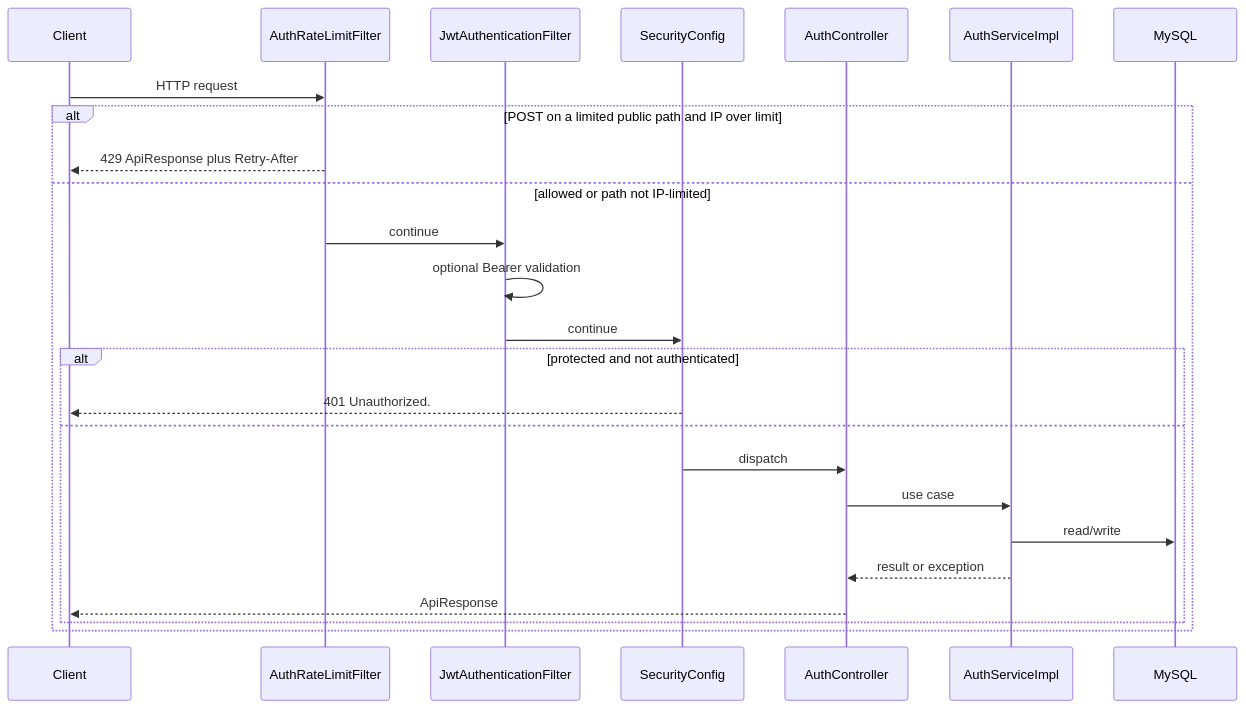
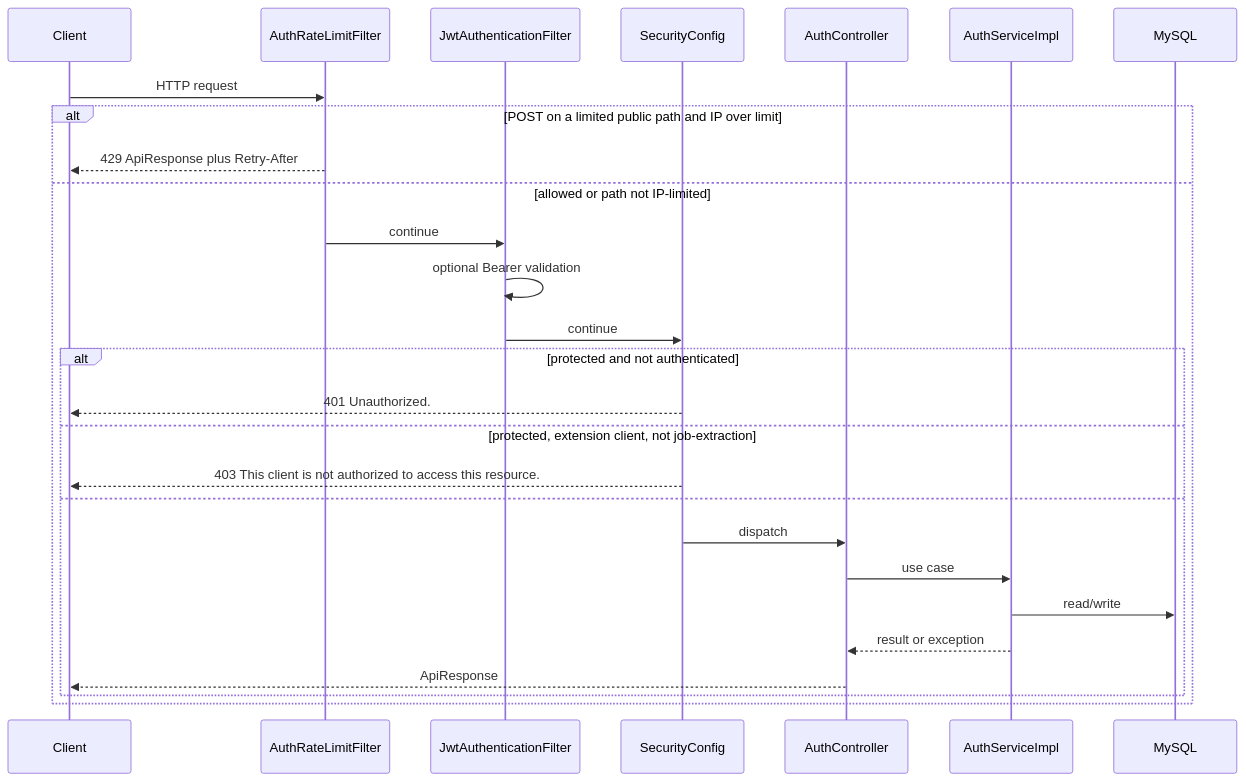
Before and after one commit to Venkata-Nageswara-Bhadri78/CodePilot: the first of 8 diagrams in src/main/java/com/developer/copilot/auth/docs/FLOW.md, drawn with Mermaid. The commit also changed other lines of this file and 31 other files, not shown here.

Commit message:
feat(browser-ext): implemented browser-ext access and flow

````diff
--- a/src/main/java/com/developer/copilot/auth/docs/FLOW.md
+++ b/src/main/java/com/developer/copilot/auth/docs/FLOW.md
@@ -9,27 +9,29 @@
 ```mermaid
 sequenceDiagram
     participant C as Client
     participant RL as AuthRateLimitFilter
     participant JWT as JwtAuthenticationFilter
     participant SEC as SecurityConfig
     participant CTL as AuthController
     participant SVC as AuthServiceImpl
     participant DB as MySQL
     C->>RL: HTTP request
     alt POST on a limited public path and IP over limit
         RL-->>C: 429 ApiResponse plus Retry-After
     else allowed or path not IP-limited
         RL->>JWT: continue
         JWT->>JWT: optional Bearer validation
         JWT->>SEC: continue
         alt protected and not authenticated
             SEC-->>C: 401 Unauthorized.
+        else protected, extension client, not job-extraction
+            SEC-->>C: 403 This client is not authorized to access this resource.
         else
             SEC->>CTL: dispatch
             CTL->>SVC: use case
             SVC->>DB: read/write
             SVC-->>CTL: result or exception
             CTL-->>C: ApiResponse
         end
     end
 ```
````
